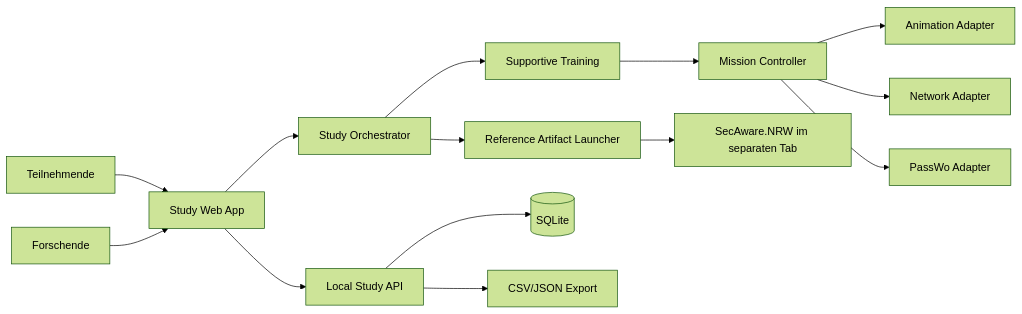
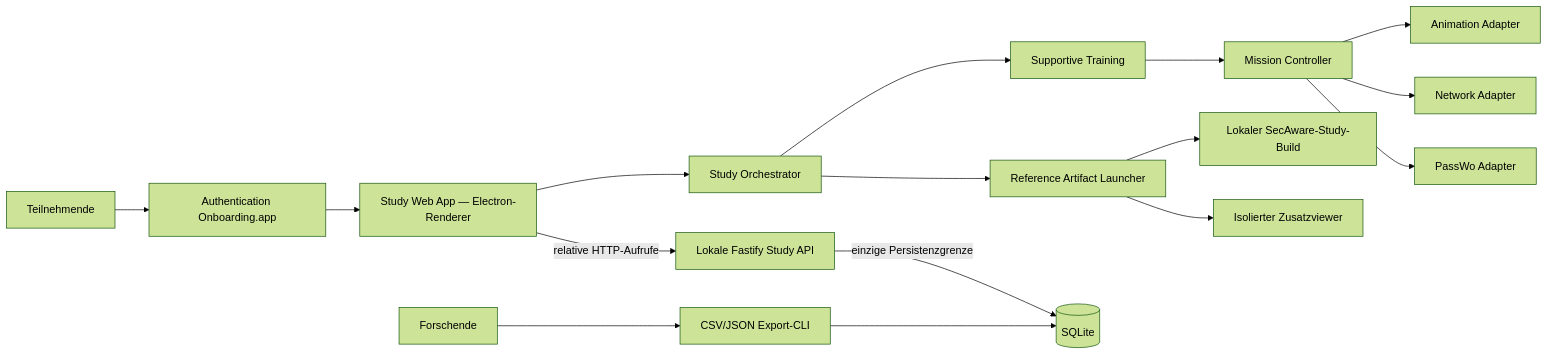
One commit to GitJestry/passwo-authentication-onboarding changed the first of 2 diagrams in docs/architecture/ARCHITECTURE.md. Above: the diagram before and after it, drawn with Mermaid (forest theme). The commit also changed other lines of this file and 60 other files, not shown here.

````diff
--- a/docs/architecture/ARCHITECTURE.md
+++ b/docs/architecture/ARCHITECTURE.md
@@ -12,16 +12,18 @@
 ```mermaid
 flowchart LR
-  P[Teilnehmende] --> W[Study Web App]
-  R[Forschende] --> W
+  P[Teilnehmende] --> D[Authentication Onboarding.app]
+  D --> W[Study Web App — Electron-Renderer]
   W --> O[Study Orchestrator]
   O --> T[Supportive Training]
   O --> X[Reference Artifact Launcher]
   T --> M[Mission Controller]
   M --> A[Animation Adapter]
   M --> N[Network Adapter]
   M --> C[PassWo Adapter]
-  W --> API[Local Study API]
-  API --> DB[(SQLite)]
-  API --> E[CSV/JSON Export]
-  X --> S[SecAware.NRW im separaten Tab]
+  W -->|relative HTTP-Aufrufe| API[Lokale Fastify Study API]
+  API -->|einzige Persistenzgrenze| DB[(SQLite)]
+  R[Forschende] --> E[CSV/JSON Export-CLI]
+  E --> DB
+  X --> S[Lokaler SecAware-Study-Build]
+  X --> V[Isolierter Zusatzviewer]
 ```
````
